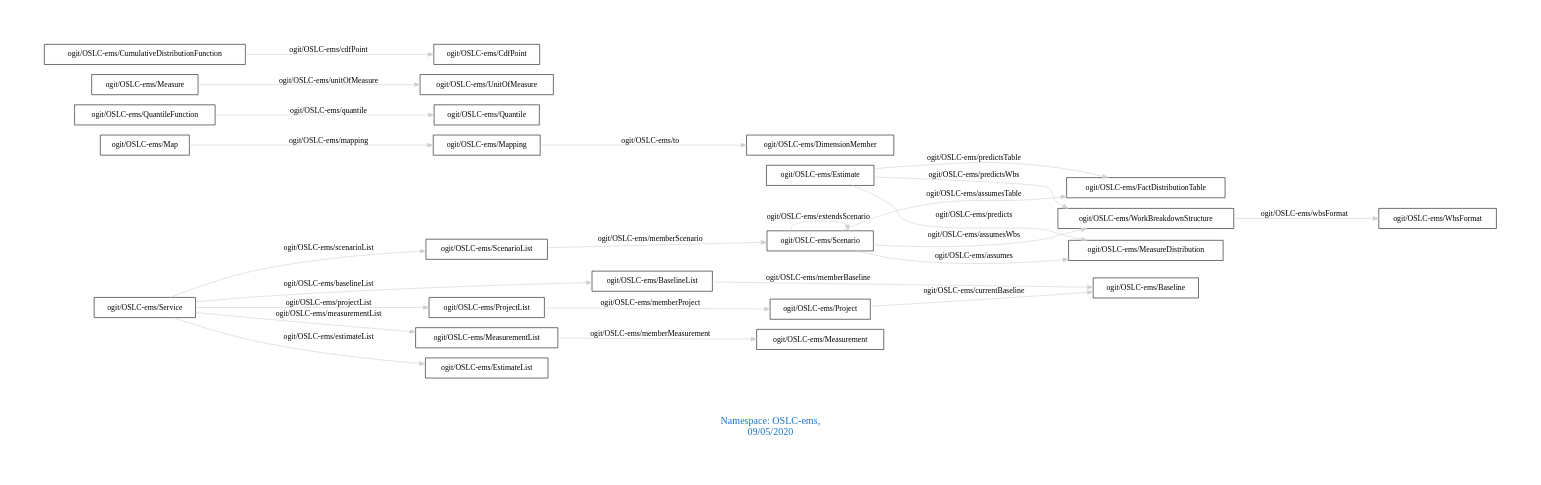
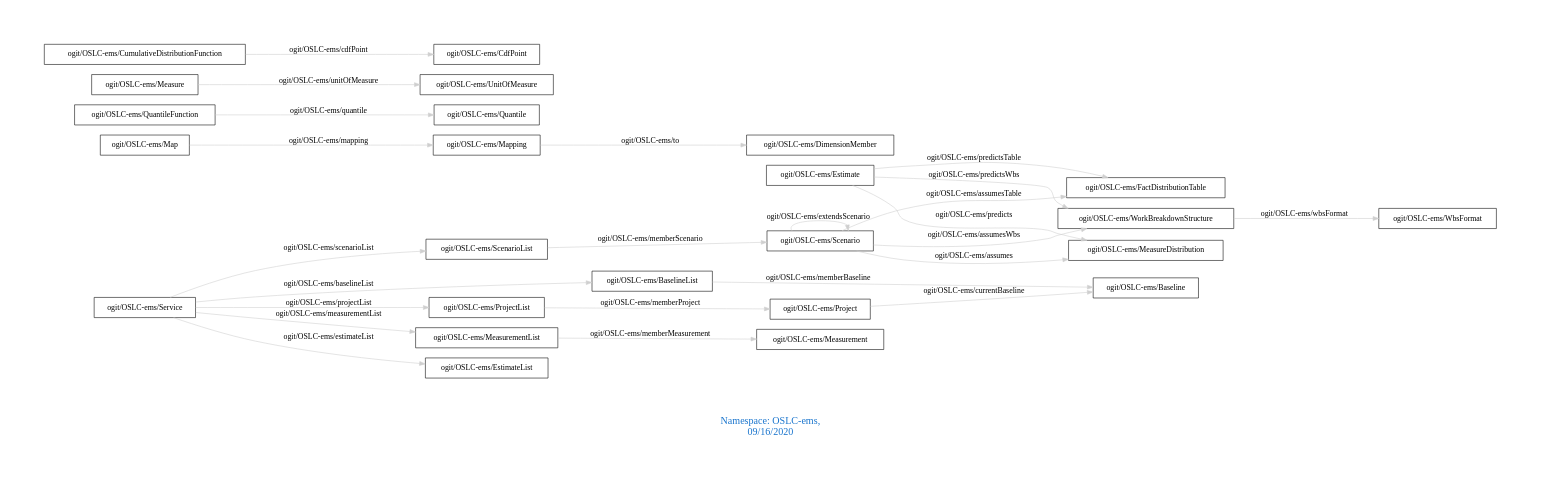
One commit to arago/OGIT changed the diagram in downloads/OSLC-ems.dot. Above: the diagram before and after it, drawn with Graphviz. The commit also changed 1832 other files, not shown here.

```diff
--- a/downloads/OSLC-ems.dot
+++ b/downloads/OSLC-ems.dot
@@ -1,31 +1,31 @@
 digraph OGIT_ontology {
  graph [ rankdir= LR,pad=1 
 fontsize = 18,
-fontcolor= dodgerblue3,label = "\n\n\nNamespace: OSLC-ems, \n 09/05/2020"];
+fontcolor= dodgerblue3,label = "\n\n\nNamespace: OSLC-ems, \n 09/16/2020"];
 node[shape=polygon];
 edge [  color="gray81"];
 
    "ogit/OSLC-ems/Estimate" -> "ogit/OSLC-ems/MeasureDistribution" [label="   ogit/OSLC-ems/predicts    "];
    "ogit/OSLC-ems/Mapping" -> "ogit/OSLC-ems/DimensionMember" [label="   ogit/OSLC-ems/to    "];
    "ogit/OSLC-ems/Service" -> "ogit/OSLC-ems/ProjectList" [label="   ogit/OSLC-ems/projectList    "];
    "ogit/OSLC-ems/QuantileFunction" -> "ogit/OSLC-ems/Quantile" [label="   ogit/OSLC-ems/quantile    "];
    "ogit/OSLC-ems/Service" -> "ogit/OSLC-ems/ScenarioList" [label="   ogit/OSLC-ems/scenarioList    "];
    "ogit/OSLC-ems/Measure" -> "ogit/OSLC-ems/UnitOfMeasure" [label="   ogit/OSLC-ems/unitOfMeasure    "];
    "ogit/OSLC-ems/ScenarioList" -> "ogit/OSLC-ems/Scenario" [label="   ogit/OSLC-ems/memberScenario    "];
    "ogit/OSLC-ems/Estimate" -> "ogit/OSLC-ems/FactDistributionTable" [label="   ogit/OSLC-ems/predictsTable    "];
    "ogit/OSLC-ems/BaselineList" -> "ogit/OSLC-ems/Baseline" [label="   ogit/OSLC-ems/memberBaseline    "];
    "ogit/OSLC-ems/Scenario" -> "ogit/OSLC-ems/WorkBreakdownStructure" [label="   ogit/OSLC-ems/assumesWbs    "];
    "ogit/OSLC-ems/CumulativeDistributionFunction" -> "ogit/OSLC-ems/CdfPoint" [label="   ogit/OSLC-ems/cdfPoint    "];
    "ogit/OSLC-ems/Project" -> "ogit/OSLC-ems/Baseline" [label="   ogit/OSLC-ems/currentBaseline    "];
    "ogit/OSLC-ems/ProjectList" -> "ogit/OSLC-ems/Project" [label="   ogit/OSLC-ems/memberProject    "];
    "ogit/OSLC-ems/Service" -> "ogit/OSLC-ems/BaselineList" [label="   ogit/OSLC-ems/baselineList    "];
    "ogit/OSLC-ems/Estimate" -> "ogit/OSLC-ems/WorkBreakdownStructure" [label="   ogit/OSLC-ems/predictsWbs    "];
    "ogit/OSLC-ems/Map" -> "ogit/OSLC-ems/Mapping" [label="   ogit/OSLC-ems/mapping    "];
    "ogit/OSLC-ems/MeasurementList" -> "ogit/OSLC-ems/Measurement" [label="   ogit/OSLC-ems/memberMeasurement    "];
    "ogit/OSLC-ems/Service" -> "ogit/OSLC-ems/MeasurementList" [label="   ogit/OSLC-ems/measurementList    "];
    "ogit/OSLC-ems/WorkBreakdownStructure" -> "ogit/OSLC-ems/WbsFormat" [label="   ogit/OSLC-ems/wbsFormat    "];
    "ogit/OSLC-ems/Service" -> "ogit/OSLC-ems/EstimateList" [label="   ogit/OSLC-ems/estimateList    "];
    "ogit/OSLC-ems/Scenario" -> "ogit/OSLC-ems/MeasureDistribution" [label="   ogit/OSLC-ems/assumes    "];
    "ogit/OSLC-ems/Scenario" -> "ogit/OSLC-ems/FactDistributionTable" [label="   ogit/OSLC-ems/assumesTable    "];
    "ogit/OSLC-ems/Scenario" -> "ogit/OSLC-ems/Scenario" [label="   ogit/OSLC-ems/extendsScenario    "];
 }
```
